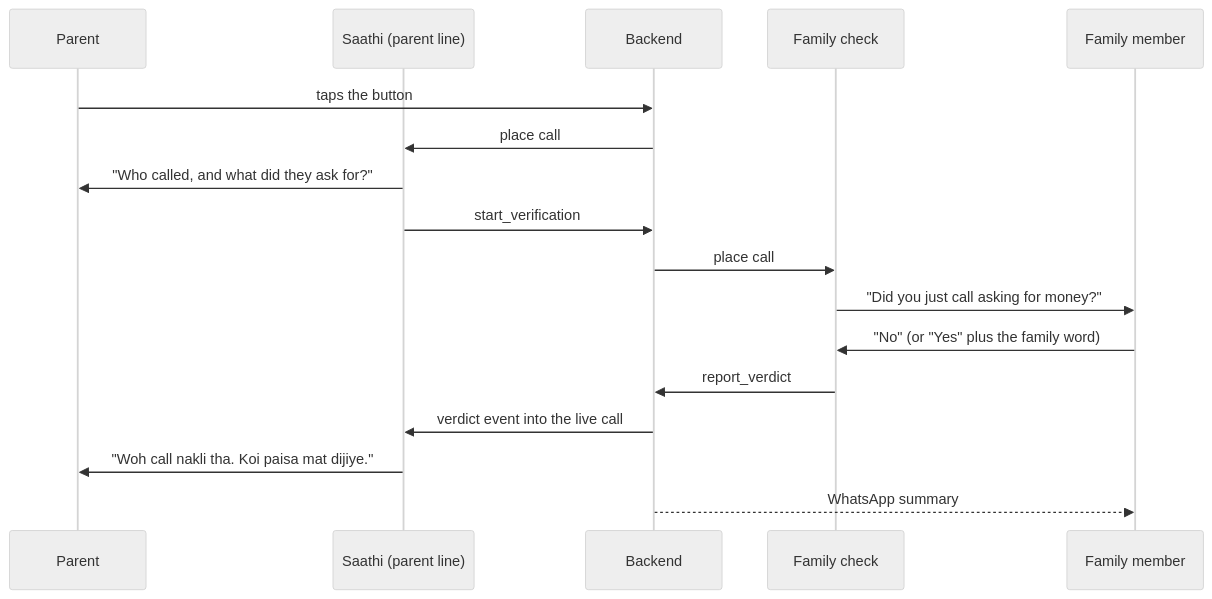
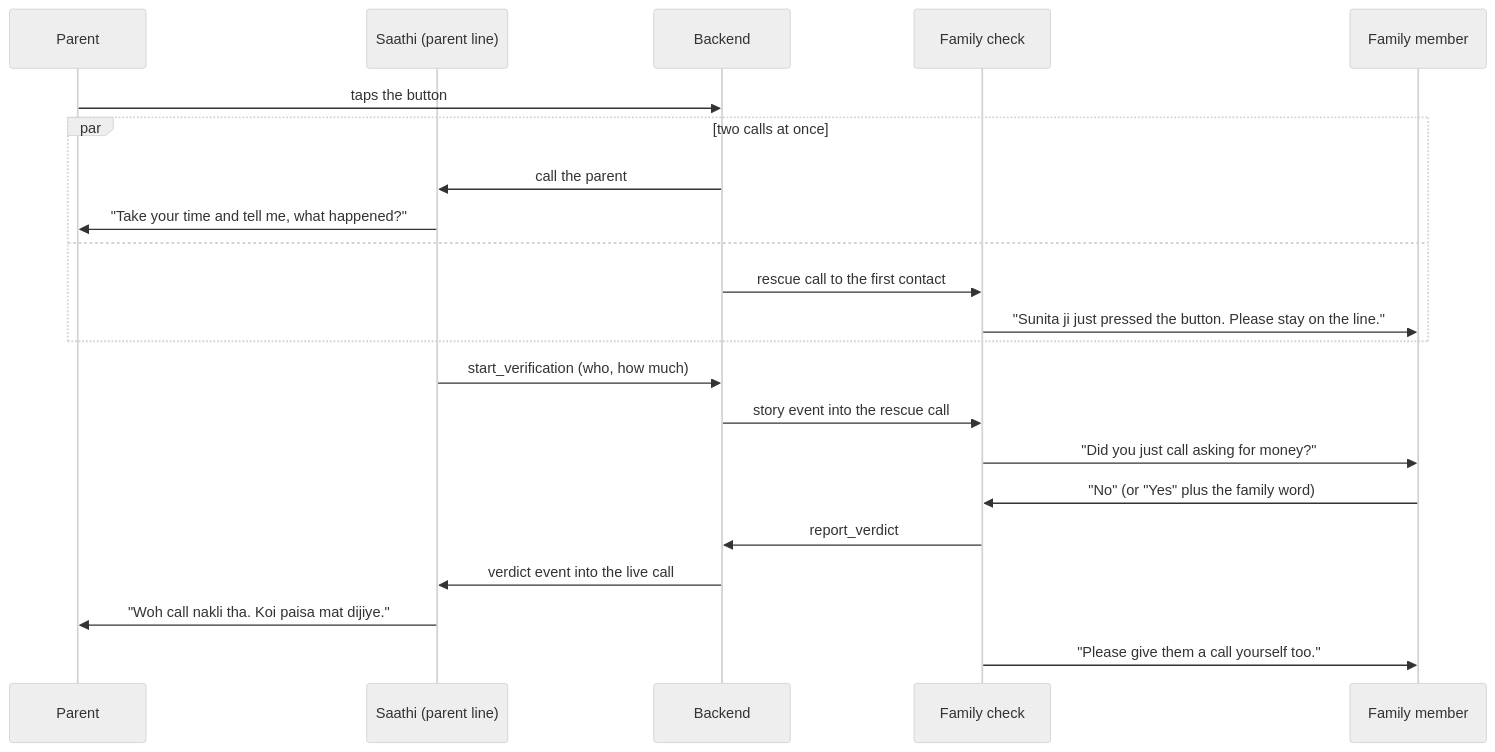
One commit to Deveshu04/Asli-Hai- changed the diagram in README.md. Above: the diagram before and after it, drawn with Mermaid (neutral theme). The commit also changed other lines of this file and 26 other files, not shown here.

Commit message:
Add family rescue call

````diff
--- a/README.md
+++ b/README.md
@@ -13,19 +13,24 @@
 ```mermaid
 sequenceDiagram
     participant P as Parent
     participant S as Saathi (parent line)
     participant B as Backend
     participant C as Family check
     participant F as Family member
     P->>B: taps the button
-    B->>S: place call
-    S->>P: "Who called, and what did they ask for?"
-    S->>B: start_verification
-    B->>C: place call
+    par two calls at once
+        B->>S: call the parent
+        S->>P: "Take your time and tell me, what happened?"
+    and
+        B->>C: rescue call to the first contact
+        C->>F: "Sunita ji just pressed the button. Please stay on the line."
+    end
+    S->>B: start_verification (who, how much)
+    B->>C: story event into the rescue call
     C->>F: "Did you just call asking for money?"
     F->>C: "No" (or "Yes" plus the family word)
     C->>B: report_verdict
     B->>S: verdict event into the live call
     S->>P: "Woh call nakli tha. Koi paisa mat dijiye."
-    B-->>F: WhatsApp summary
+    C->>F: "Please give them a call yourself too."
 ```
````
